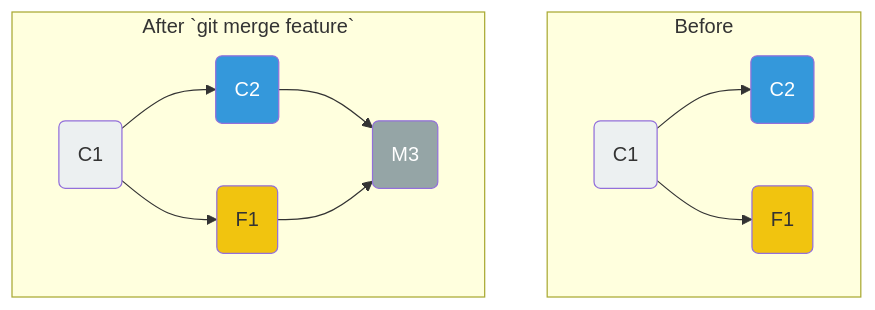
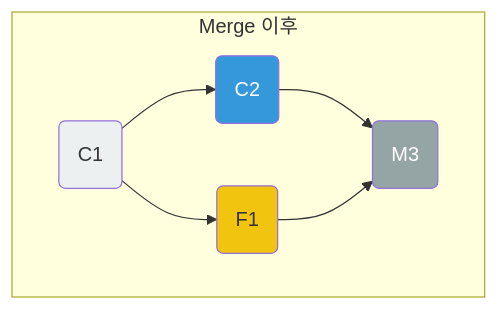
Before and after one commit to kk0m4k/kk0m4k.github.io: the third of 5 diagrams in _posts/2025-11-16-git-github-guide.md, drawn with Mermaid. The commit also changed other lines of this file, not shown here.

Commit message:
docs: Merge vs Rebase 섹션 구조 개선 및 설명 보강

````diff
--- a/_posts/2025-11-16-git-github-guide.md
+++ b/_posts/2025-11-16-git-github-guide.md
@@ -233,18 +263,13 @@
         ```mermaid
         graph TB
             classDef common fill:#ecf0f1,color:#333
             classDef develop fill:#3498db,color:#fff
             classDef feature fill:#f1c40f,color:#333
             classDef merge fill:#95a5a6,color:#fff
 
-            subgraph "Before"
-                C1(C1):::common --> C2(C2):::develop
-                C1 --> F1(F1):::feature
-            end
-
-            subgraph "After `git merge feature`"
+            subgraph "Merge 이후"
                 C1_2(C1):::common --> C2_2(C2):::develop --> M3(M3):::merge
                 F1_2(F1):::feature --> M3
                 C1_2 --> F1_2
             end
         ```
````
